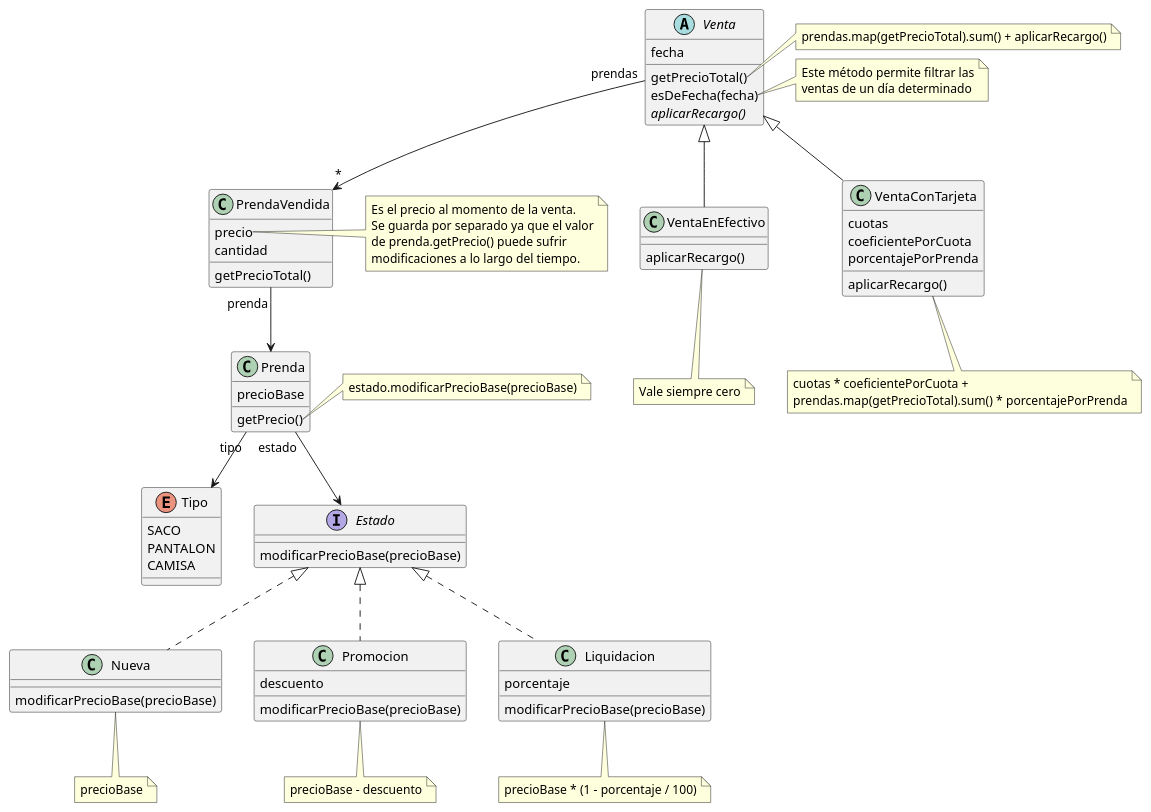
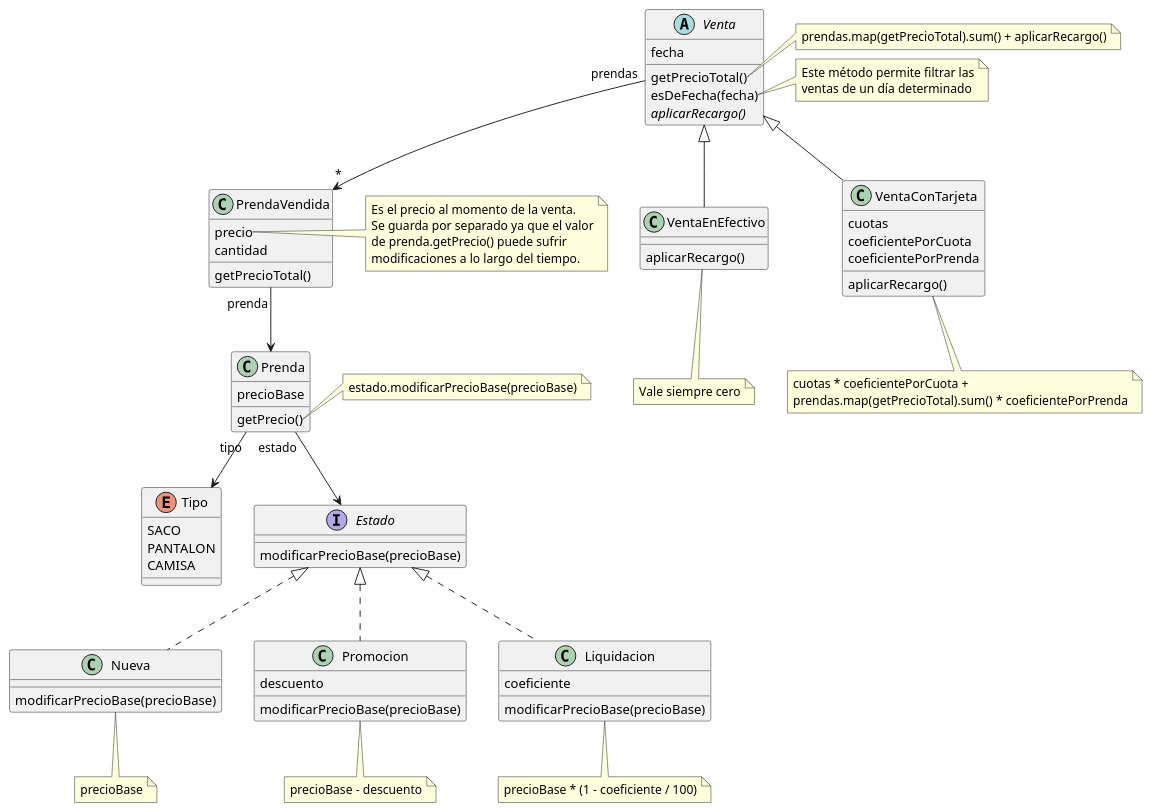
The diagram in docs/diagram.puml (RaniAgus/dds-jv-2022-macowins), drawn with PlantUML before and after one commit. The commit also changed 1 other file, not shown here.

Commit message:
actualizo diagrama y nombres de variables

```diff
--- a/docs/diagram.puml
+++ b/docs/diagram.puml
@@ -1,113 +1,113 @@
 @startuml
 abstract class Venta {
   fecha
   getPrecioTotal()
   esDeFecha(fecha)
   {abstract} aplicarRecargo()
 }
 
 Venta "prendas" --> "*" PrendaVendida
 
 note right of Venta::getPrecioTotal
   prendas.map(getPrecioTotal).sum() + aplicarRecargo()
 end note
 
 note right of Venta::esDeFecha
   Este método permite filtrar las
   ventas de un día determinado
 end note
 
 class VentaEnEfectivo extends Venta {
   aplicarRecargo()
 }
 
 note as RecargoEfectivo
   Vale siempre cero
 end note
 
 VentaEnEfectivo .. RecargoEfectivo
 
 class VentaConTarjeta extends Venta {
   cuotas
   coeficientePorCuota
-  porcentajePorPrenda
+  coeficientePorPrenda
   aplicarRecargo()
 }
 
 note as RecargoTarjeta
   cuotas * coeficientePorCuota + 
-  prendas.map(getPrecioTotal).sum() * porcentajePorPrenda
+  prendas.map(getPrecioTotal).sum() * coeficientePorPrenda
 end note
 
 VentaConTarjeta .. RecargoTarjeta
 
 class PrendaVendida {
   precio
   cantidad
   getPrecioTotal()
 }
 
 PrendaVendida "prenda" --> Prenda
 
 note right of PrendaVendida::precio
   Es el precio al momento de la venta. 
   Se guarda por separado ya que el valor
   de prenda.getPrecio() puede sufrir 
   modificaciones a lo largo del tiempo.
 end note
 
 class Prenda {
   precioBase
   getPrecio()
 }
 
 Prenda "tipo" --> Tipo
 Prenda "estado" --> Estado
 
 note right of Prenda::getPrecio
   estado.modificarPrecioBase(precioBase)
 end note
 
 enum Tipo {
   SACO
   PANTALON
   CAMISA
 }
 
 interface Estado {
   modificarPrecioBase(precioBase)
 }
 
 class Nueva implements Estado {
   modificarPrecioBase(precioBase)
 }
 
 note as NuevaCalculo
 precioBase
 end note
 
 Nueva .. NuevaCalculo
 
 class Promocion implements Estado {
   descuento
   modificarPrecioBase(precioBase)
 }
 
 note as PromocionCalculo
   precioBase - descuento
 end note
 
 Promocion .. PromocionCalculo
 
 class Liquidacion implements Estado {
-  porcentaje
+  coeficiente
   modificarPrecioBase(precioBase)
 }
 
 note as LiquidacionCalculo
-  precioBase * (1 - porcentaje / 100)
+  precioBase * (1 - coeficiente / 100)
 end note
 
 Liquidacion .. LiquidacionCalculo
 
 @enduml
```
